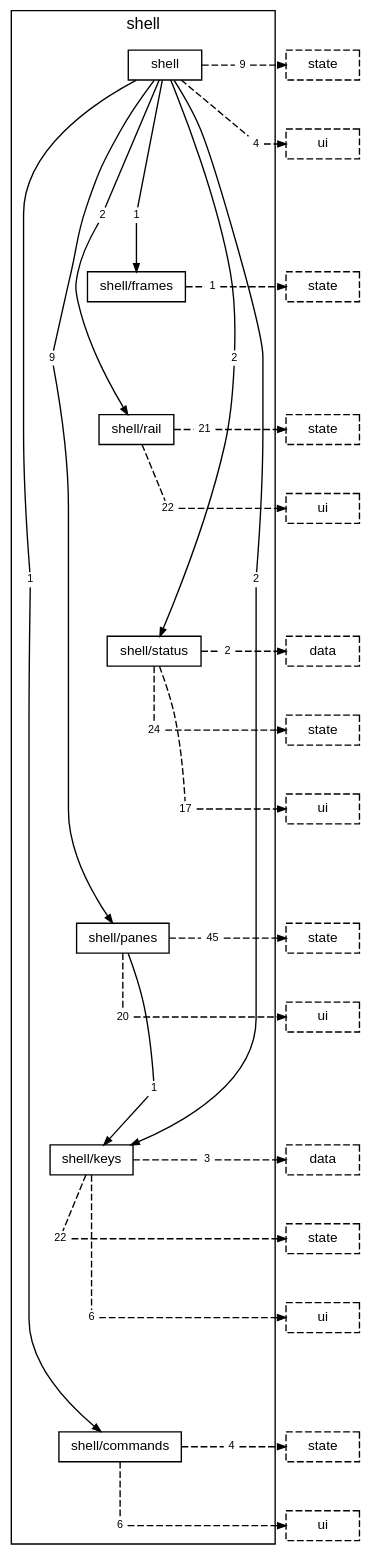
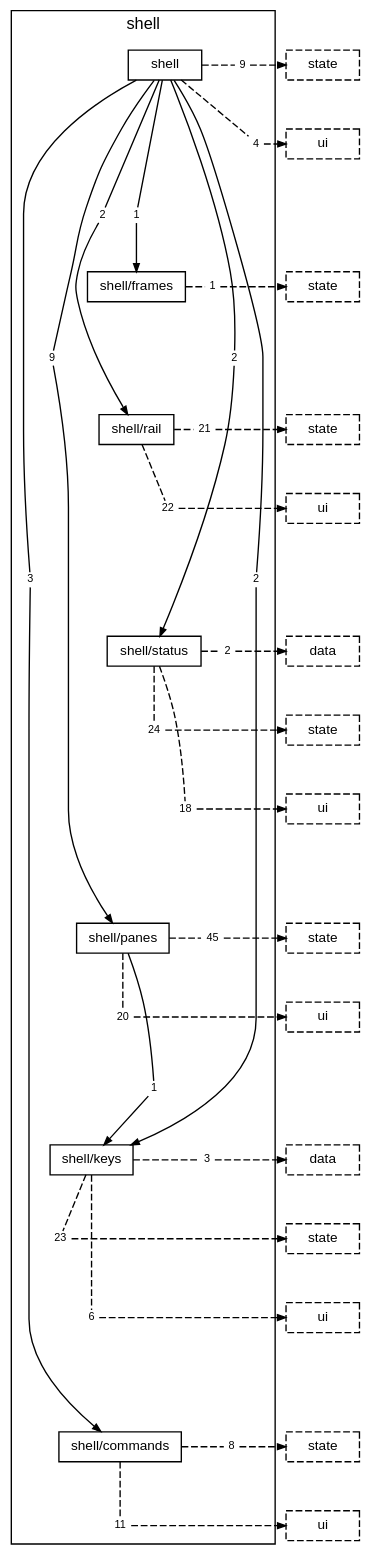
One commit to TheAxeC/oculus changed the diagram in docs/diagrams/layer-shell.dot. Above: the diagram before and after it, drawn with Graphviz. The commit also changed 110 other files, not shown here.

```diff
--- a/docs/diagrams/layer-shell.dot
+++ b/docs/diagrams/layer-shell.dot
@@ -1,117 +1,117 @@
 digraph layer_shell {
     graph [bgcolor="transparent", rankdir=TB, newrank=true, mclimit=4, fontname="Helvetica,Arial,sans-serif", fontsize=12, nodesep=0.2, ranksep=0.5];
     node [shape=box, color="black", fontcolor="black", fontname="Helvetica,Arial,sans-serif", fontsize=10, height=0.3, margin="0.12,0.04"];
     edge [color="black", fontcolor="black", fontname="Helvetica,Arial,sans-serif", fontsize=8, arrowsize=0.6];
     subgraph "cluster_shell" {
         label="shell"; style=solid;
         "folder shell" [label="shell"];
         "folder shell/frames" [label="shell/frames"];
         "folder shell/rail" [label="shell/rail"];
         "folder shell/status" [label="shell/status"];
         "folder shell/panes" [label="shell/panes"];
         "folder shell/keys" [label="shell/keys"];
         "folder shell/commands" [label="shell/commands"];
-        "folder shell to folder shell/commands" [label="1", shape=box, color="transparent", fontsize=8, width=0, height=0, margin="0.04,0.02"];
+        "folder shell to folder shell/commands" [label="3", shape=box, color="transparent", fontsize=8, width=0, height=0, margin="0.04,0.02"];
         "folder shell to folder shell/frames" [label="1", shape=box, color="transparent", fontsize=8, width=0, height=0, margin="0.04,0.02"];
         "folder shell to folder shell/keys" [label="2", shape=box, color="transparent", fontsize=8, width=0, height=0, margin="0.04,0.02"];
         "folder shell to folder shell/panes" [label="9", shape=box, color="transparent", fontsize=8, width=0, height=0, margin="0.04,0.02"];
         "folder shell to folder shell/rail" [label="2", shape=box, color="transparent", fontsize=8, width=0, height=0, margin="0.04,0.02"];
         "folder shell to folder shell/status" [label="2", shape=box, color="transparent", fontsize=8, width=0, height=0, margin="0.04,0.02"];
         "folder shell to layer state" [label="9", shape=box, color="transparent", fontsize=8, width=0, height=0, margin="0.04,0.02"];
         "folder shell to layer ui" [label="4", shape=box, color="transparent", fontsize=8, width=0, height=0, margin="0.04,0.02"];
         "folder shell/frames to layer state" [label="1", shape=box, color="transparent", fontsize=8, width=0, height=0, margin="0.04,0.02"];
         "folder shell/rail to layer state" [label="21", shape=box, color="transparent", fontsize=8, width=0, height=0, margin="0.04,0.02"];
         "folder shell/rail to layer ui" [label="22", shape=box, color="transparent", fontsize=8, width=0, height=0, margin="0.04,0.02"];
         "folder shell/status to layer data" [label="2", shape=box, color="transparent", fontsize=8, width=0, height=0, margin="0.04,0.02"];
         "folder shell/status to layer state" [label="24", shape=box, color="transparent", fontsize=8, width=0, height=0, margin="0.04,0.02"];
-        "folder shell/status to layer ui" [label="17", shape=box, color="transparent", fontsize=8, width=0, height=0, margin="0.04,0.02"];
+        "folder shell/status to layer ui" [label="18", shape=box, color="transparent", fontsize=8, width=0, height=0, margin="0.04,0.02"];
         "folder shell/panes to folder shell/keys" [label="1", shape=box, color="transparent", fontsize=8, width=0, height=0, margin="0.04,0.02"];
         "folder shell/panes to layer state" [label="45", shape=box, color="transparent", fontsize=8, width=0, height=0, margin="0.04,0.02"];
         "folder shell/panes to layer ui" [label="20", shape=box, color="transparent", fontsize=8, width=0, height=0, margin="0.04,0.02"];
         "folder shell/keys to layer data" [label="3", shape=box, color="transparent", fontsize=8, width=0, height=0, margin="0.04,0.02"];
-        "folder shell/keys to layer state" [label="22", shape=box, color="transparent", fontsize=8, width=0, height=0, margin="0.04,0.02"];
+        "folder shell/keys to layer state" [label="23", shape=box, color="transparent", fontsize=8, width=0, height=0, margin="0.04,0.02"];
         "folder shell/keys to layer ui" [label="6", shape=box, color="transparent", fontsize=8, width=0, height=0, margin="0.04,0.02"];
-        "folder shell/commands to layer state" [label="4", shape=box, color="transparent", fontsize=8, width=0, height=0, margin="0.04,0.02"];
-        "folder shell/commands to layer ui" [label="6", shape=box, color="transparent", fontsize=8, width=0, height=0, margin="0.04,0.02"];
+        "folder shell/commands to layer state" [label="8", shape=box, color="transparent", fontsize=8, width=0, height=0, margin="0.04,0.02"];
+        "folder shell/commands to layer ui" [label="11", shape=box, color="transparent", fontsize=8, width=0, height=0, margin="0.04,0.02"];
     }
     "layer state from folder shell" [label="state", style=dashed];
     "layer ui from folder shell" [label="ui", style=dashed];
     "layer state from folder shell/frames" [label="state", style=dashed];
     "layer state from folder shell/rail" [label="state", style=dashed];
     "layer ui from folder shell/rail" [label="ui", style=dashed];
     "layer data from folder shell/status" [label="data", style=dashed];
     "layer state from folder shell/status" [label="state", style=dashed];
     "layer ui from folder shell/status" [label="ui", style=dashed];
     "layer state from folder shell/panes" [label="state", style=dashed];
     "layer ui from folder shell/panes" [label="ui", style=dashed];
     "layer data from folder shell/keys" [label="data", style=dashed];
     "layer state from folder shell/keys" [label="state", style=dashed];
     "layer ui from folder shell/keys" [label="ui", style=dashed];
     "layer state from folder shell/commands" [label="state", style=dashed];
     "layer ui from folder shell/commands" [label="ui", style=dashed];
     "folder shell" -> "folder shell/frames" [style=invis, weight=10, minlen=3];
     "folder shell/frames" -> "folder shell/rail" [style=invis, weight=10, minlen=2];
     "folder shell/rail" -> "folder shell/status" [style=invis, weight=10, minlen=3];
     "folder shell/status" -> "folder shell/panes" [style=invis, weight=10, minlen=4];
     "folder shell/panes" -> "folder shell/keys" [style=invis, weight=10, minlen=3];
     "folder shell/keys" -> "folder shell/commands" [style=invis, weight=10, minlen=4];
     "folder shell" -> "folder shell to folder shell/commands" [arrowhead=none, minlen=7, weight=10];
     "folder shell to folder shell/commands" -> "folder shell/commands" [];
     "folder shell" -> "folder shell to folder shell/frames" [arrowhead=none, minlen=2, weight=10];
     "folder shell to folder shell/frames" -> "folder shell/frames" [];
     "folder shell" -> "folder shell to folder shell/keys" [arrowhead=none, minlen=7, weight=10];
     "folder shell to folder shell/keys" -> "folder shell/keys" [];
     "folder shell" -> "folder shell to folder shell/panes" [arrowhead=none, minlen=4, weight=10];
     "folder shell to folder shell/panes" -> "folder shell/panes" [];
     "folder shell" -> "folder shell to folder shell/rail" [arrowhead=none, minlen=2, weight=10];
     "folder shell to folder shell/rail" -> "folder shell/rail" [];
     "folder shell" -> "folder shell to folder shell/status" [arrowhead=none, minlen=4, weight=10];
     "folder shell to folder shell/status" -> "folder shell/status" [];
     "folder shell" -> "folder shell to layer state" [arrowhead=none, style=dashed];
     "folder shell to layer state" -> "layer state from folder shell" [style=dashed];
     { rank=same; "folder shell"; "folder shell to layer state"; "layer state from folder shell"; }
     "folder shell" -> "folder shell to layer ui" [arrowhead=none, style=dashed, minlen=1, weight=10];
     "folder shell to layer ui" -> "layer ui from folder shell" [style=dashed];
     { rank=same; "folder shell to layer ui"; "layer ui from folder shell"; }
     "folder shell/frames" -> "folder shell/frames to layer state" [arrowhead=none, style=dashed];
     "folder shell/frames to layer state" -> "layer state from folder shell/frames" [style=dashed];
     { rank=same; "folder shell/frames"; "folder shell/frames to layer state"; "layer state from folder shell/frames"; }
     "folder shell/rail" -> "folder shell/rail to layer state" [arrowhead=none, style=dashed];
     "folder shell/rail to layer state" -> "layer state from folder shell/rail" [style=dashed];
     { rank=same; "folder shell/rail"; "folder shell/rail to layer state"; "layer state from folder shell/rail"; }
     "folder shell/rail" -> "folder shell/rail to layer ui" [arrowhead=none, style=dashed, minlen=1, weight=10];
     "folder shell/rail to layer ui" -> "layer ui from folder shell/rail" [style=dashed];
     { rank=same; "folder shell/rail to layer ui"; "layer ui from folder shell/rail"; }
     "folder shell/status" -> "folder shell/status to layer data" [arrowhead=none, style=dashed];
     "folder shell/status to layer data" -> "layer data from folder shell/status" [style=dashed];
     { rank=same; "folder shell/status"; "folder shell/status to layer data"; "layer data from folder shell/status"; }
     "folder shell/status" -> "folder shell/status to layer state" [arrowhead=none, style=dashed, minlen=1, weight=10];
     "folder shell/status to layer state" -> "layer state from folder shell/status" [style=dashed];
     { rank=same; "folder shell/status to layer state"; "layer state from folder shell/status"; }
     "folder shell/status" -> "folder shell/status to layer ui" [arrowhead=none, style=dashed, minlen=2, weight=10];
     "folder shell/status to layer ui" -> "layer ui from folder shell/status" [style=dashed];
     { rank=same; "folder shell/status to layer ui"; "layer ui from folder shell/status"; }
     "folder shell/panes" -> "folder shell/panes to folder shell/keys" [arrowhead=none, minlen=2, weight=10];
     "folder shell/panes to folder shell/keys" -> "folder shell/keys" [];
     "folder shell/panes" -> "folder shell/panes to layer state" [arrowhead=none, style=dashed];
     "folder shell/panes to layer state" -> "layer state from folder shell/panes" [style=dashed];
     { rank=same; "folder shell/panes"; "folder shell/panes to layer state"; "layer state from folder shell/panes"; }
     "folder shell/panes" -> "folder shell/panes to layer ui" [arrowhead=none, style=dashed, minlen=1, weight=10];
     "folder shell/panes to layer ui" -> "layer ui from folder shell/panes" [style=dashed];
     { rank=same; "folder shell/panes to layer ui"; "layer ui from folder shell/panes"; }
     "folder shell/keys" -> "folder shell/keys to layer data" [arrowhead=none, style=dashed];
     "folder shell/keys to layer data" -> "layer data from folder shell/keys" [style=dashed];
     { rank=same; "folder shell/keys"; "folder shell/keys to layer data"; "layer data from folder shell/keys"; }
     "folder shell/keys" -> "folder shell/keys to layer state" [arrowhead=none, style=dashed, minlen=1, weight=10];
     "folder shell/keys to layer state" -> "layer state from folder shell/keys" [style=dashed];
     { rank=same; "folder shell/keys to layer state"; "layer state from folder shell/keys"; }
     "folder shell/keys" -> "folder shell/keys to layer ui" [arrowhead=none, style=dashed, minlen=2, weight=10];
     "folder shell/keys to layer ui" -> "layer ui from folder shell/keys" [style=dashed];
     { rank=same; "folder shell/keys to layer ui"; "layer ui from folder shell/keys"; }
     "folder shell/commands" -> "folder shell/commands to layer state" [arrowhead=none, style=dashed];
     "folder shell/commands to layer state" -> "layer state from folder shell/commands" [style=dashed];
     { rank=same; "folder shell/commands"; "folder shell/commands to layer state"; "layer state from folder shell/commands"; }
     "folder shell/commands" -> "folder shell/commands to layer ui" [arrowhead=none, style=dashed, minlen=1, weight=10];
     "folder shell/commands to layer ui" -> "layer ui from folder shell/commands" [style=dashed];
     { rank=same; "folder shell/commands to layer ui"; "layer ui from folder shell/commands"; }
 }
```
